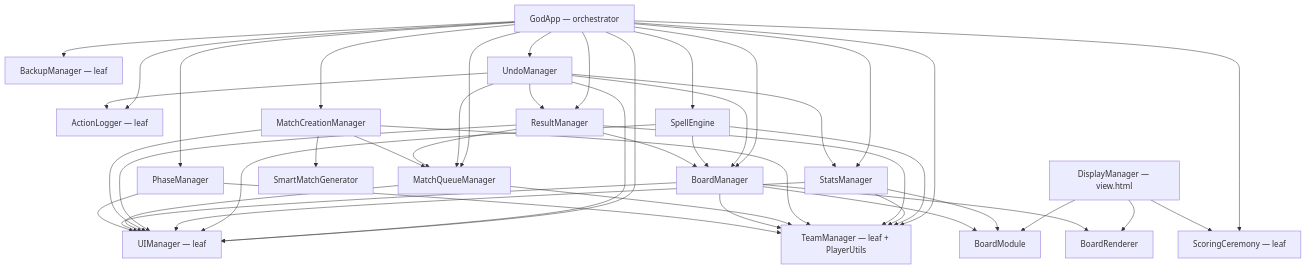
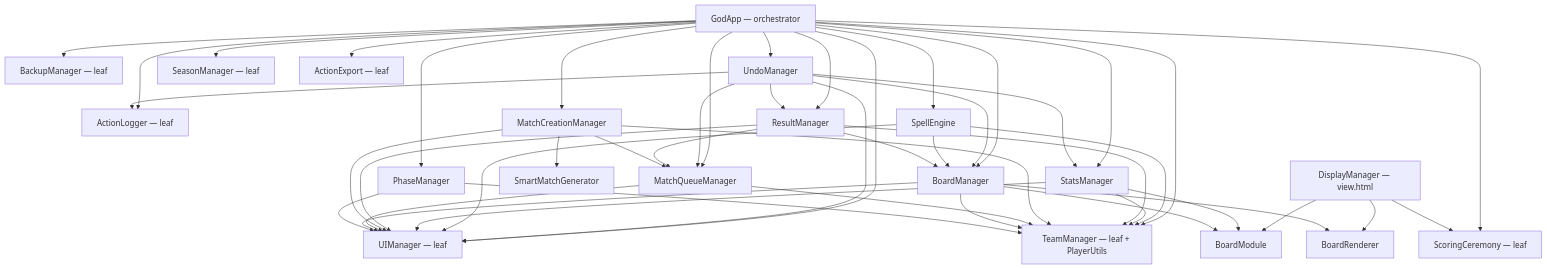
Before and after one commit to LNiitlahti/BoardGame: the first of 6 diagrams in BoardGame/docs/architecture/god-modules.md, drawn with Mermaid. The commit also changed other lines of this file and 63 other files, not shown here.

First line of the commit message:
Remove SPA module system, add phase manager v2 with new round flow, season manager, full admin page, and rewrite profile/home/team pages

````diff
--- a/BoardGame/docs/architecture/god-modules.md
+++ b/BoardGame/docs/architecture/god-modules.md
@@ -32,71 +33,74 @@
 ```mermaid
 graph TD
     AL[ActionLogger — leaf]
     UI[UIManager — leaf]
     TM[TeamManager — leaf + PlayerUtils]
     PM[PhaseManager]
     BM[BoardManager]
     QM[MatchQueueManager]
     CM[MatchCreationManager]
     RM[ResultManager]
     SM[StatsManager]
     BK[BackupManager — leaf]
     UM[UndoManager]
+    SN[SeasonManager — leaf]
     GA[GodApp — orchestrator]
 
     PM --> UI
     PM --> TM
 
     BM --> UI
     BM --> TM
     BM --> BMOD[BoardModule]
     BM --> BR[BoardRenderer]
 
     QM --> UI
     QM --> TM
 
     CM --> UI
     CM --> TM
     CM --> QM
     CM --> SMG[SmartMatchGenerator]
 
     RM --> UI
     RM --> TM
     RM --> QM
     RM --> BM
 
     SM --> BMOD
     SM --> UI
     SM --> TM
 
     SE[SpellEngine] --> UI
     SE --> TM
     SE --> BM
 
     SC[ScoringCeremony — leaf]
 
     DM[DisplayManager — view.html] --> BMOD
     DM --> BR
     DM --> SC
 
     UM --> AL
     UM --> UI
     UM --> RM
     UM --> BM
     UM --> QM
     UM --> SM
 
     GA --> AL
     GA --> UI
     GA --> TM
     GA --> PM
     GA --> BM
     GA --> QM
     GA --> CM
     GA --> RM
     GA --> SM
     GA --> BK
     GA --> UM
     GA --> SE
     GA --> SC
+    GA --> SN
+    GA --> AE[ActionExport — leaf]
 ```
````
